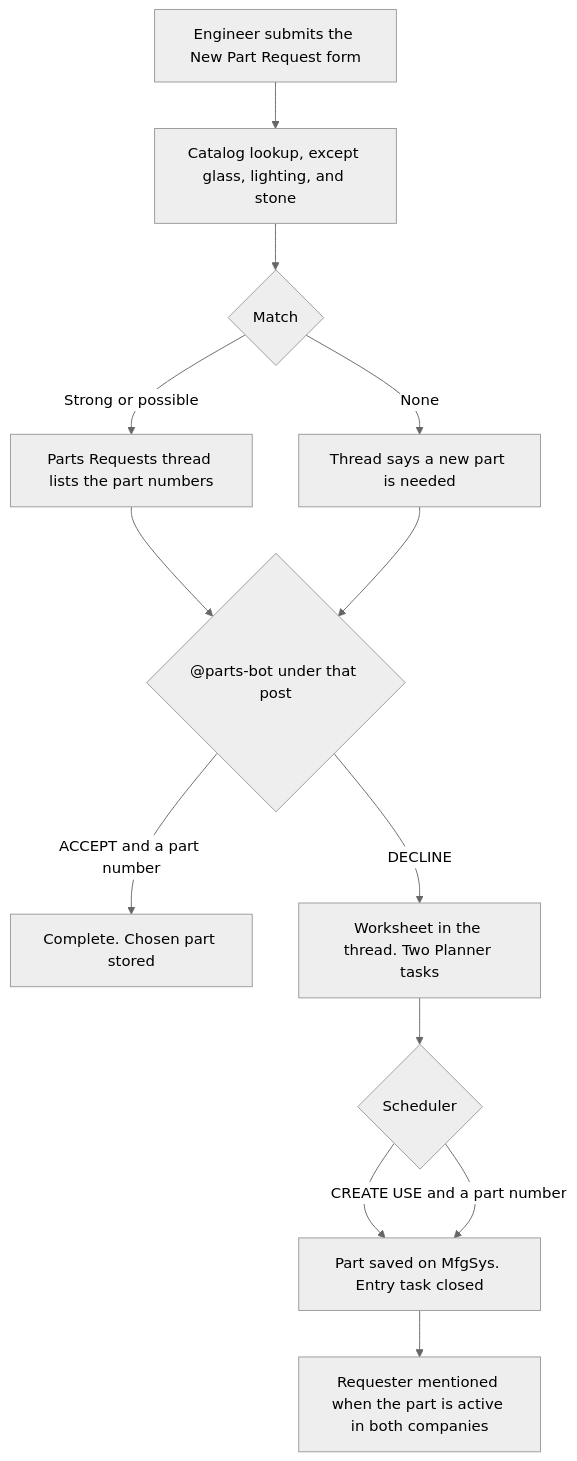
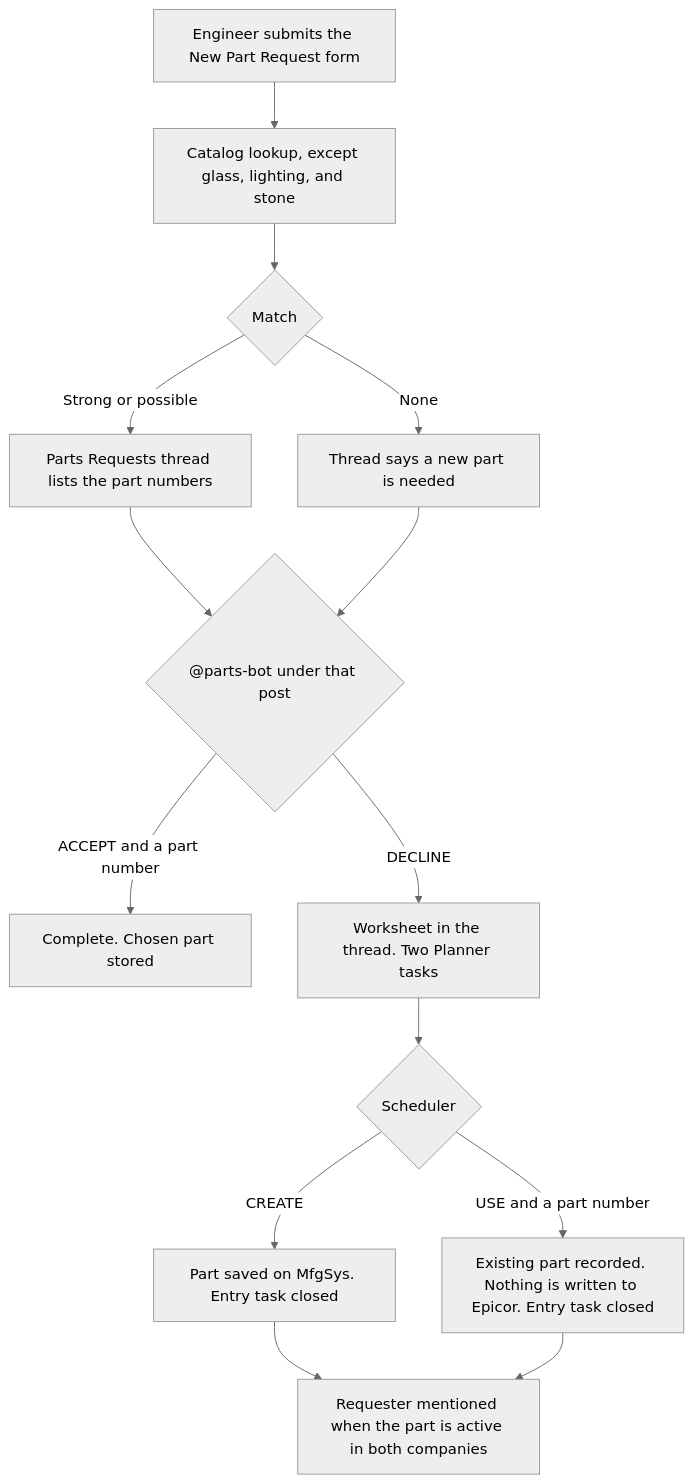
The diagram in tools/releases-and-requests/part-requests.md (cwka-engineering/cwka-engineering.github.io), drawn with Mermaid (neutral theme) before and after one commit. The commit also changed 15 other files, not shown here.

````diff
--- a/tools/releases-and-requests/part-requests.md
+++ b/tools/releases-and-requests/part-requests.md
@@ -20,15 +20,16 @@
 ```mermaid
 flowchart TD
   A["Engineer submits the New Part Request form"] --> B["Catalog lookup, except glass, lighting, and stone"]
   B --> C{"Match"}
   C -->|Strong or possible| D["Parts Requests thread lists the part numbers"]
   C -->|None| E["Thread says a new part is needed"]
   D --> F{"@parts-bot under that post"}
   E --> F
   F -->|ACCEPT and a part number| G["Complete. Chosen part stored"]
   F -->|DECLINE| H["Worksheet in the thread. Two Planner tasks"]
   H --> I{"Scheduler"}
   I -->|CREATE| J["Part saved on MfgSys. Entry task closed"]
-  I -->|USE and a part number| J
+  I -->|USE and a part number| J2["Existing part recorded. Nothing is written to Epicor. Entry task closed"]
   J --> K["Requester mentioned when the part is active in both companies"]
+  J2 --> K
 ```
````
